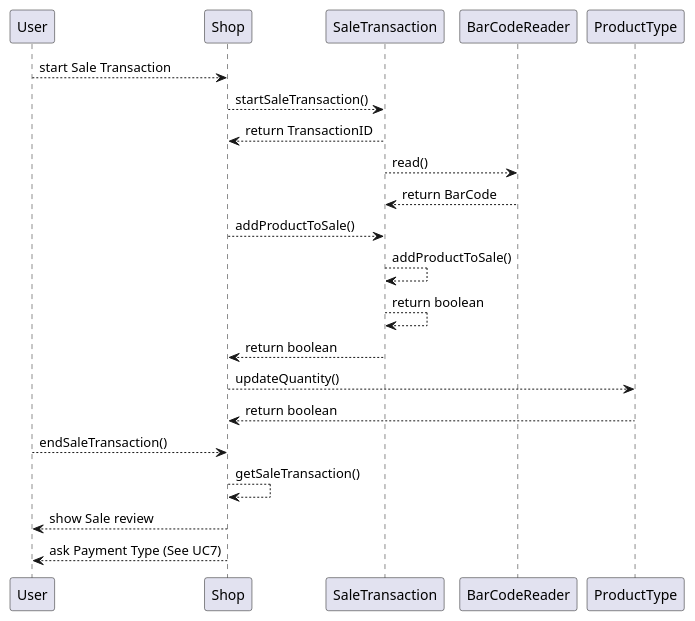
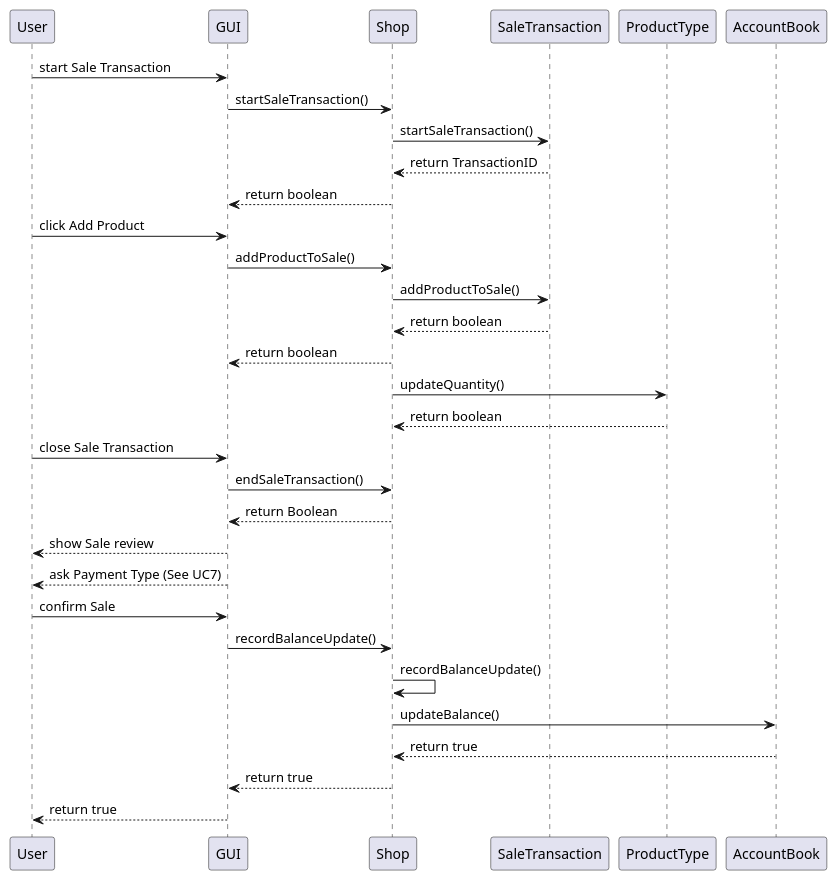
Before and after one commit to Stormz4/group20-EzShop: diagram 11 of 19 in Deliverables/DesignDocument.md, drawn with PlantUML. The commit also changed other lines of this file, not shown here.

Commit message:
fix: Design Doc - Fix Seq Diag 6.1

````diff
--- a/Deliverables/DesignDocument.md
+++ b/Deliverables/DesignDocument.md
@@ -431,21 +431,28 @@
 ```plantuml
 @startuml
-User --> Shop: start Sale Transaction
-Shop --> SaleTransaction: startSaleTransaction()
+User -> GUI: start Sale Transaction
+GUI -> Shop: startSaleTransaction()
+Shop -> SaleTransaction: startSaleTransaction()
 SaleTransaction --> Shop: return TransactionID
-
-SaleTransaction --> BarCodeReader: read()
-BarCodeReader --> SaleTransaction : return BarCode
-
-Shop --> SaleTransaction: addProductToSale()
-SaleTransaction --> SaleTransaction : addProductToSale()
-SaleTransaction --> SaleTransaction : return boolean
+Shop --> GUI: return boolean
+User -> GUI: click Add Product
+GUI -> Shop: addProductToSale()
+Shop -> SaleTransaction: addProductToSale()
 SaleTransaction --> Shop : return boolean
-Shop --> ProductType : updateQuantity()
+Shop --> GUI: return boolean
+Shop -> ProductType : updateQuantity()
 ProductType --> Shop: return boolean
-User --> Shop: endSaleTransaction()
-Shop --> Shop: getSaleTransaction()
-Shop --> User: show Sale review
-Shop --> User: ask Payment Type (See UC7)
+User -> GUI: close Sale Transaction
+GUI -> Shop: endSaleTransaction()
+Shop --> GUI: return Boolean
+GUI --> User: show Sale review
+GUI --> User: ask Payment Type (See UC7)
+User -> GUI: confirm Sale
+GUI -> Shop: recordBalanceUpdate()
+Shop -> Shop: recordBalanceUpdate()
+Shop -> AccountBook: updateBalance()
+AccountBook --> Shop: return true
+Shop --> GUI: return true
+GUI --> User: return true
 @enduml
 ```
````
